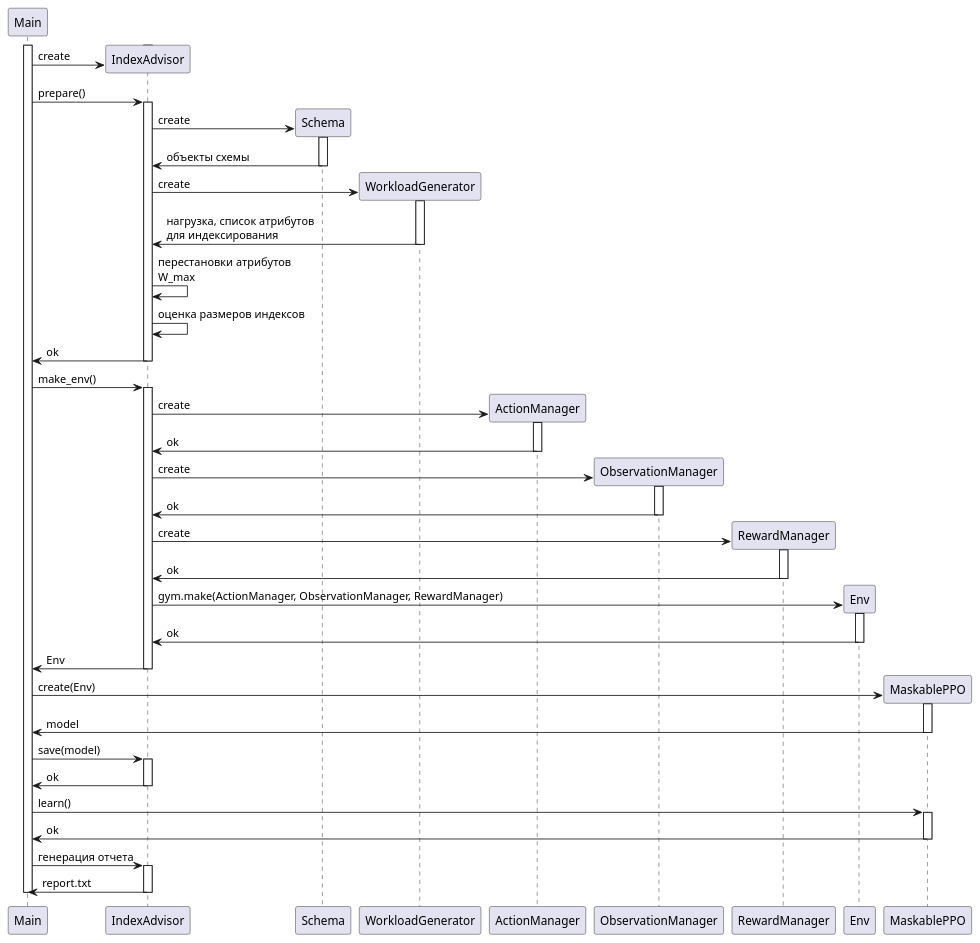
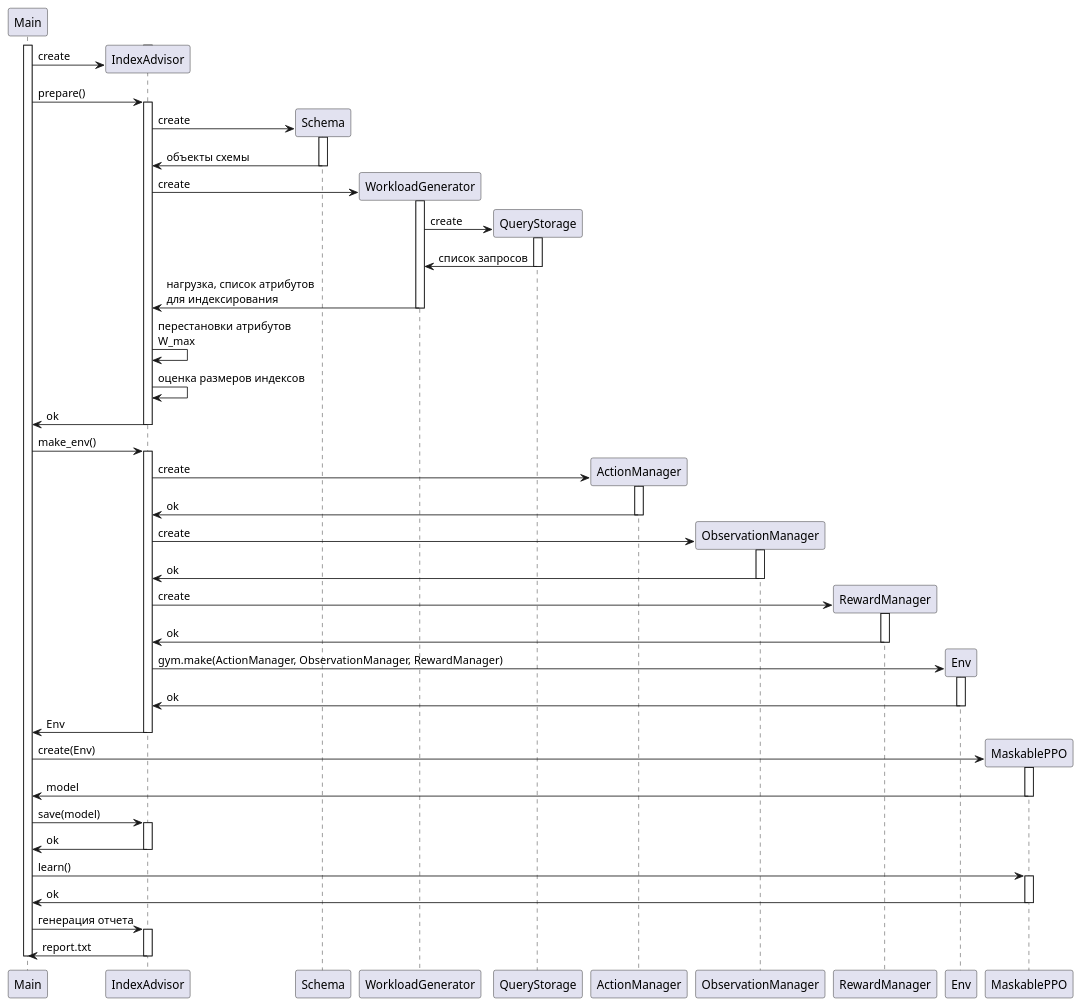
The diagram in diagrams/sequence_diagram_entry_point.puml (ShapovalovaIrina/PG-Index-Advisor), drawn with PlantUML before and after one commit.

Commit message:
add query storage

```diff
--- a/diagrams/sequence_diagram_entry_point.puml
+++ b/diagrams/sequence_diagram_entry_point.puml
@@ -1,92 +1,98 @@
 @startuml
 'https://plantuml.com/sequence-diagram
 
 skinparam responseMessageBelowArrow true
 
 participant Main
 
 activate Main
 
 create IndexAdvisor
 activate IndexAdvisor
 Main -> IndexAdvisor : create
 deactivate IndexAdvisor
 
 Main -> IndexAdvisor : prepare()
 activate IndexAdvisor
 
 create Schema
 
 IndexAdvisor -> Schema : create
 activate Schema
 Schema -> IndexAdvisor : объекты схемы
 deactivate Schema
 
 create WorkloadGenerator
 IndexAdvisor -> WorkloadGenerator : create
 activate WorkloadGenerator
+
+create QueryStorage
+WorkloadGenerator -> QueryStorage :create
+activate QueryStorage
+QueryStorage -> WorkloadGenerator : список запросов
+deactivate QueryStorage
 WorkloadGenerator -> IndexAdvisor : нагрузка, список атрибутов \nдля индексирования
 deactivate WorkloadGenerator
 
 IndexAdvisor -> IndexAdvisor : перестановки атрибутов \nW_max
 
 IndexAdvisor -> IndexAdvisor : оценка размеров индексов
 
 IndexAdvisor -> Main : ok
 deactivate IndexAdvisor
 
 
 Main -> IndexAdvisor : make_env()
 activate IndexAdvisor
 
 create ActionManager
 IndexAdvisor -> ActionManager : create
 activate ActionManager
 ActionManager -> IndexAdvisor : ok
 deactivate ActionManager
 
 create ObservationManager
 IndexAdvisor -> ObservationManager : create
 activate ObservationManager
 ObservationManager -> IndexAdvisor : ok
 deactivate ObservationManager
 
 create RewardManager
 IndexAdvisor -> RewardManager : create
 activate RewardManager
 RewardManager -> IndexAdvisor : ok
 deactivate RewardManager
 
 create Env
 IndexAdvisor -> Env : gym.make(ActionManager, ObservationManager, RewardManager)
 activate Env
 Env -> IndexAdvisor : ok
 deactivate Env
 
 IndexAdvisor -> Main : Env
 deactivate IndexAdvisor
 
 create MaskablePPO
 Main -> MaskablePPO : create(Env)
 activate MaskablePPO
 MaskablePPO -> Main : model
 deactivate MaskablePPO
 
 Main -> IndexAdvisor : save(model)
 activate IndexAdvisor
 IndexAdvisor -> Main : ok
 deactivate IndexAdvisor
 
 Main -> MaskablePPO : learn()
 activate MaskablePPO
 MaskablePPO -> Main : ok
 deactivate MaskablePPO
 
 Main -> IndexAdvisor : генерация отчета
 activate IndexAdvisor
 IndexAdvisor -> Main : report.txt
 deactivate IndexAdvisor
 
 deactivate Main
 
 @enduml
```
